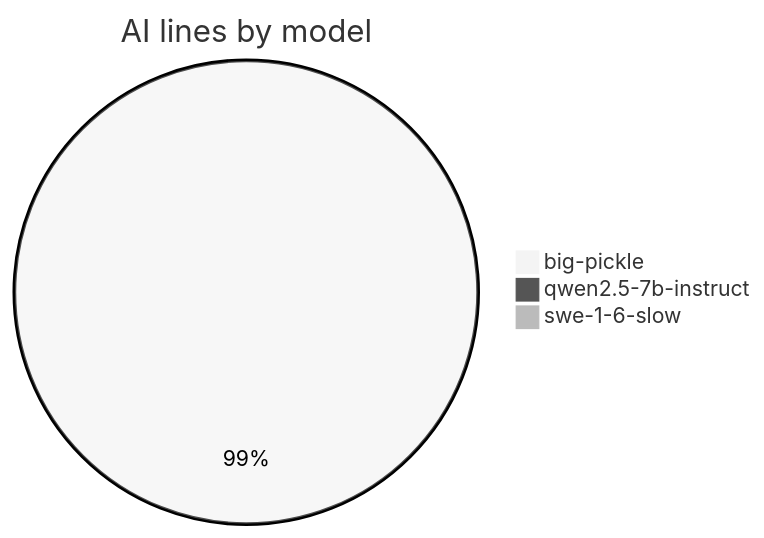
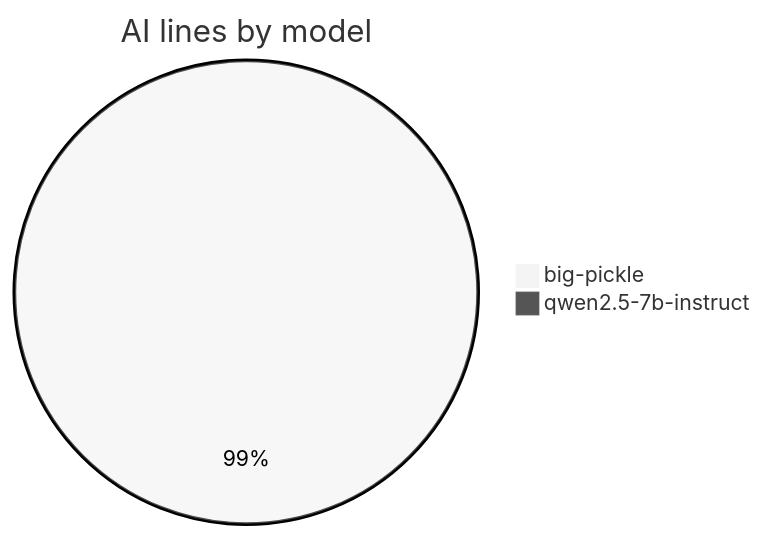
The fourth of 7 diagrams in AI-AUTHORSHIP.md (CaliMark/game-of-life), drawn with Mermaid (neutral theme) before and after one commit. The commit also changed other lines of this file and 1 other file, not shown here.

````diff
--- a/AI-AUTHORSHIP.md
+++ b/AI-AUTHORSHIP.md
@@ -46,6 +43,5 @@
 ```mermaid
 pie title AI lines by model
     "big-pickle" : 582
     "qwen2.5-7b-instruct" : 3
-    "swe-1-6-slow" : 1
 ```
````
